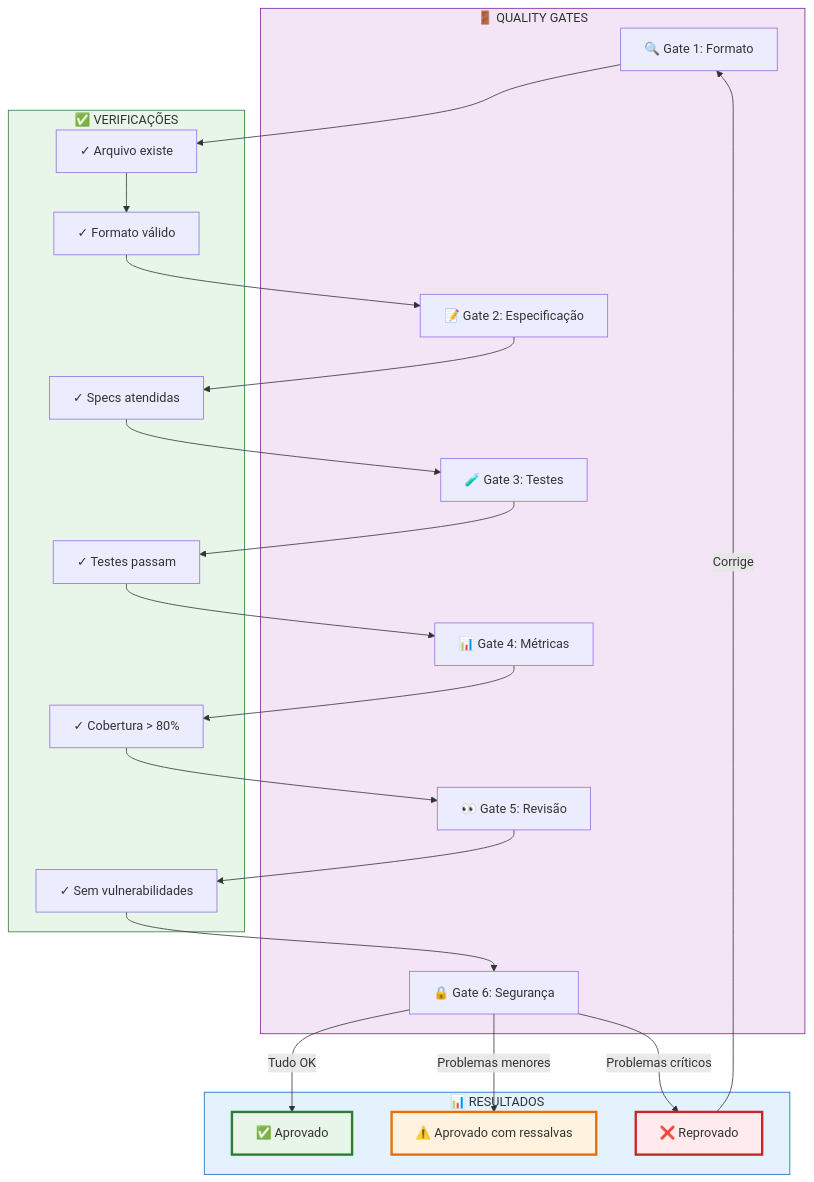
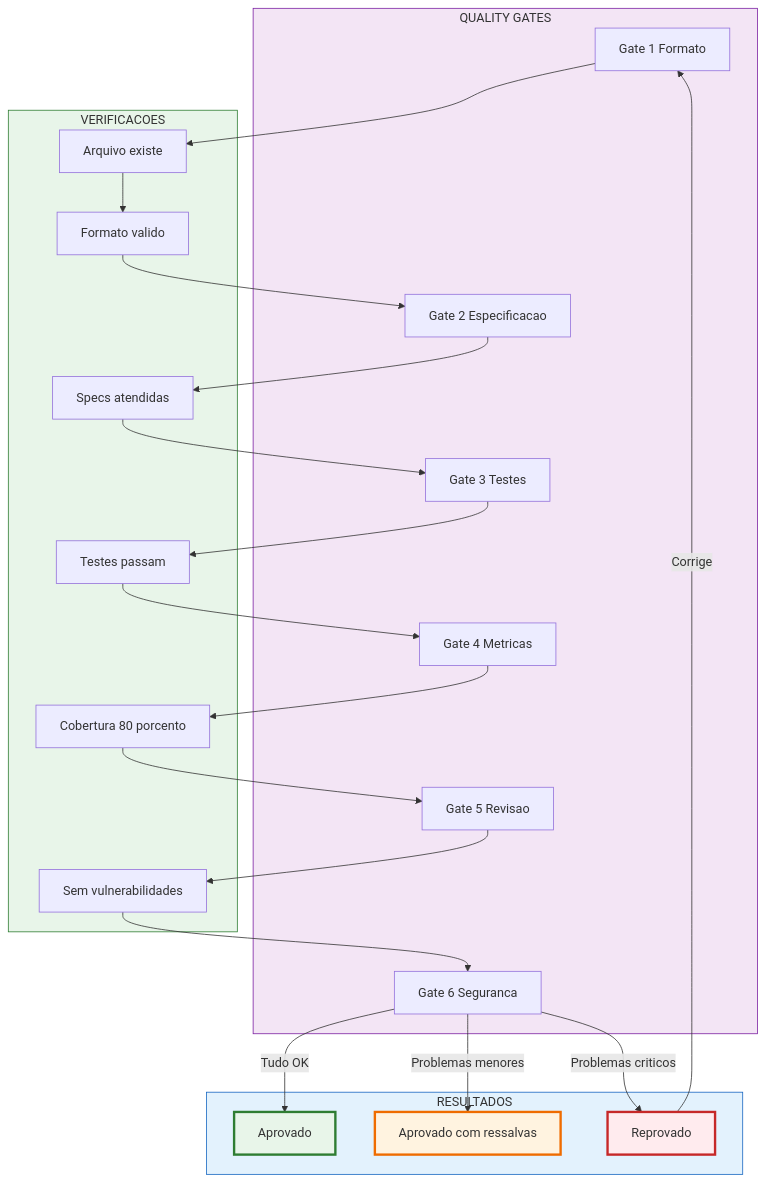
One commit to MarceloClaro/opencode-ecosystem-core changed diagram 12 of 22 in README.md. Above: the diagram before and after it, drawn with Mermaid. The commit also changed other lines of this file, not shown here.

````diff
--- a/README.md
+++ b/README.md
@@ -854,51 +768,51 @@
 ```mermaid
 flowchart TD
-    subgraph GATES ["🚪 QUALITY GATES"]
-        G1["🔍 Gate 1: Formato"]
-        G2["📝 Gate 2: Especificação"]
-        G3["🧪 Gate 3: Testes"]
-        G4["📊 Gate 4: Métricas"]
-        G5["👀 Gate 5: Revisão"]
-        G6["🔒 Gate 6: Segurança"]
+    subgraph GATES ["QUALITY GATES"]
+        G1["Gate 1 Formato"]
+        G2["Gate 2 Especificacao"]
+        G3["Gate 3 Testes"]
+        G4["Gate 4 Metricas"]
+        G5["Gate 5 Revisao"]
+        G6["Gate 6 Seguranca"]
     end
 
-    subgraph CHECKS ["✅ VERIFICAÇÕES"]
-        C1["✓ Arquivo existe"]
-        C2["✓ Formato válido"]
-        C3["✓ Specs atendidas"]
-        C4["✓ Testes passam"]
-        C5["✓ Cobertura > 80%"]
-        C6["✓ Sem vulnerabilidades"]
+    subgraph CHECKS ["VERIFICACOES"]
+        C1["Arquivo existe"]
+        C2["Formato valido"]
+        C3["Specs atendidas"]
+        C4["Testes passam"]
+        C5["Cobertura 80 porcento"]
+        C6["Sem vulnerabilidades"]
     end
 
-    subgraph RESULTS ["📊 RESULTADOS"]
-        R1["✅ Aprovado"]
-        R2["⚠️ Aprovado com ressalvas"]
-        R3["❌ Reprovado"]
+    subgraph RESULTS ["RESULTADOS"]
+        R1["Aprovado"]
+        R2["Aprovado com ressalvas"]
+        R3["Reprovado"]
     end
 
     G1 --> C1
     C1 --> C2
     C2 --> G2
     G2 --> C3
     C3 --> G3
     G3 --> C4
     C4 --> G4
     G4 --> C5
     C5 --> G5
     G5 --> C6
     C6 --> G6
 
     G6 -->|"Tudo OK"| R1
     G6 -->|"Problemas menores"| R2
-    G6 -->|"Problemas críticos"| R3
+    G6 -->|"Problemas criticos"| R3
 
     R3 -->|"Corrige"| G1
 
     style GATES fill:#f3e5f5,stroke:#7b1fa2
     style CHECKS fill:#e8f5e9,stroke:#2e7d32
     style RESULTS fill:#e3f2fd,stroke:#1565c0
     style R1 fill:#e8f5e9,stroke:#2e7d32,stroke-width:3px
     style R2 fill:#fff3e0,stroke:#ef6c00,stroke-width:3px
     style R3 fill:#ffebee,stroke:#c62828,stroke-width:3px
 ```
````
